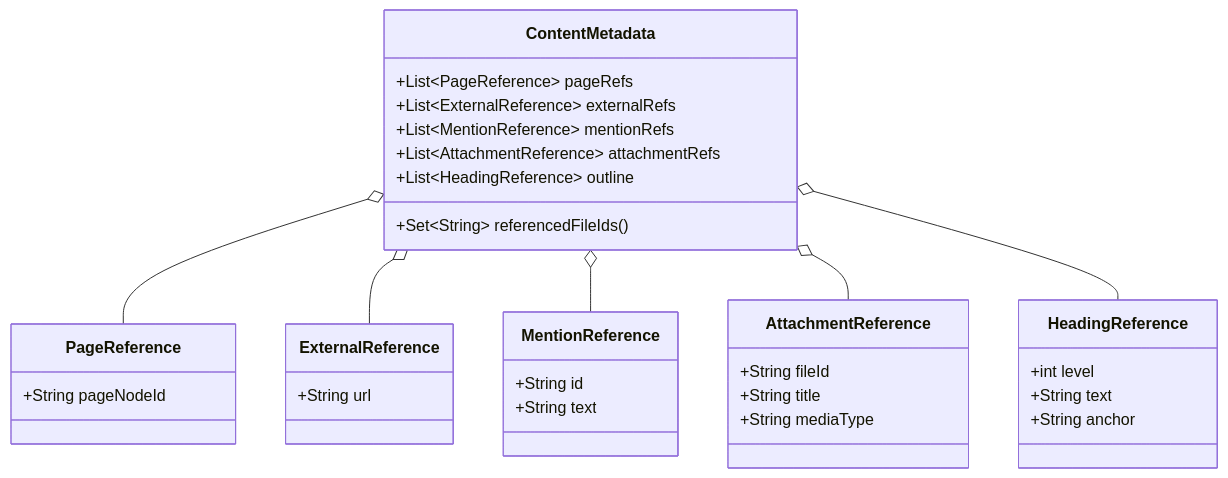
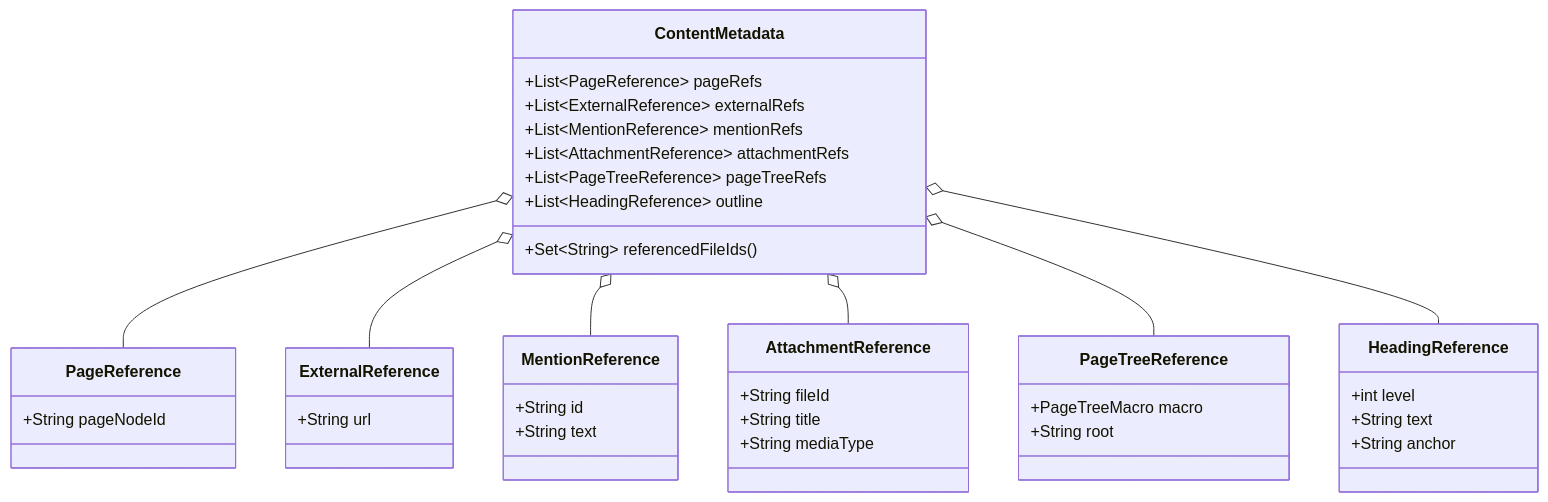
The seventh of 9 diagrams in docs/architecture.md (thiagogcm/adf4j), drawn with Mermaid before and after one commit. The commit also changed other lines of this file and 25 other files, not shown here.

````diff
--- a/docs/architecture.md
+++ b/docs/architecture.md
@@ -252,36 +252,42 @@
 ```mermaid
 classDiagram
     class ContentMetadata {
         +List~PageReference~ pageRefs
         +List~ExternalReference~ externalRefs
         +List~MentionReference~ mentionRefs
         +List~AttachmentReference~ attachmentRefs
+        +List~PageTreeReference~ pageTreeRefs
         +List~HeadingReference~ outline
         +Set~String~ referencedFileIds()
     }
     class PageReference {
         +String pageNodeId
     }
     class ExternalReference {
         +String url
     }
     class MentionReference {
         +String id
         +String text
     }
     class AttachmentReference {
         +String fileId
         +String title
         +String mediaType
     }
+    class PageTreeReference {
+        +PageTreeMacro macro
+        +String root
+    }
     class HeadingReference {
         +int level
         +String text
         +String anchor
     }
     ContentMetadata o-- PageReference
     ContentMetadata o-- ExternalReference
     ContentMetadata o-- MentionReference
     ContentMetadata o-- AttachmentReference
+    ContentMetadata o-- PageTreeReference
     ContentMetadata o-- HeadingReference
 ```
````
